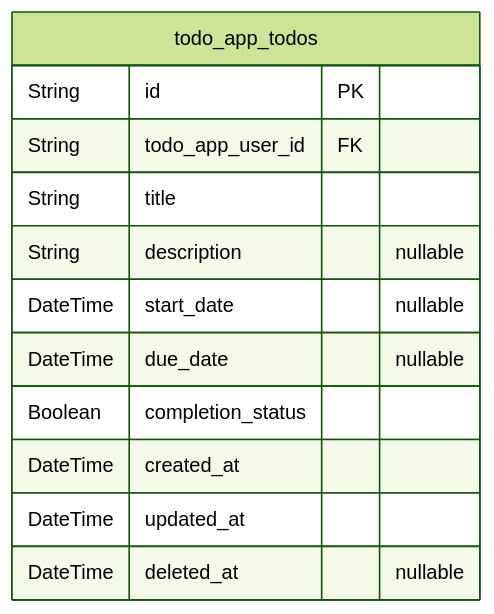
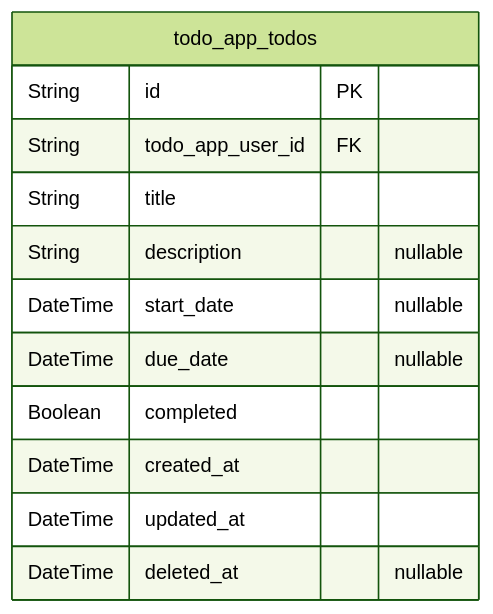
The fourth of 4 diagrams in qwen/qwen3-next-80b-a3b-instruct/todo/docs/ERD.md (wrtnlabs/autobe-examples), drawn with Mermaid (forest theme) before and after one commit. The commit also changed other lines of this file and 11104 other files, not shown here.

````diff
--- a/qwen/qwen3-next-80b-a3b-instruct/todo/docs/ERD.md
+++ b/qwen/qwen3-next-80b-a3b-instruct/todo/docs/ERD.md
@@ -205,15 +271,15 @@
 ```mermaid
 erDiagram
 "todo_app_todos" {
   String id PK
   String todo_app_user_id FK
   String title
   String description "nullable"
   DateTime start_date "nullable"
   DateTime due_date "nullable"
-  Boolean completion_status
+  Boolean completed
   DateTime created_at
   DateTime updated_at
   DateTime deleted_at "nullable"
 }
 ```
````
